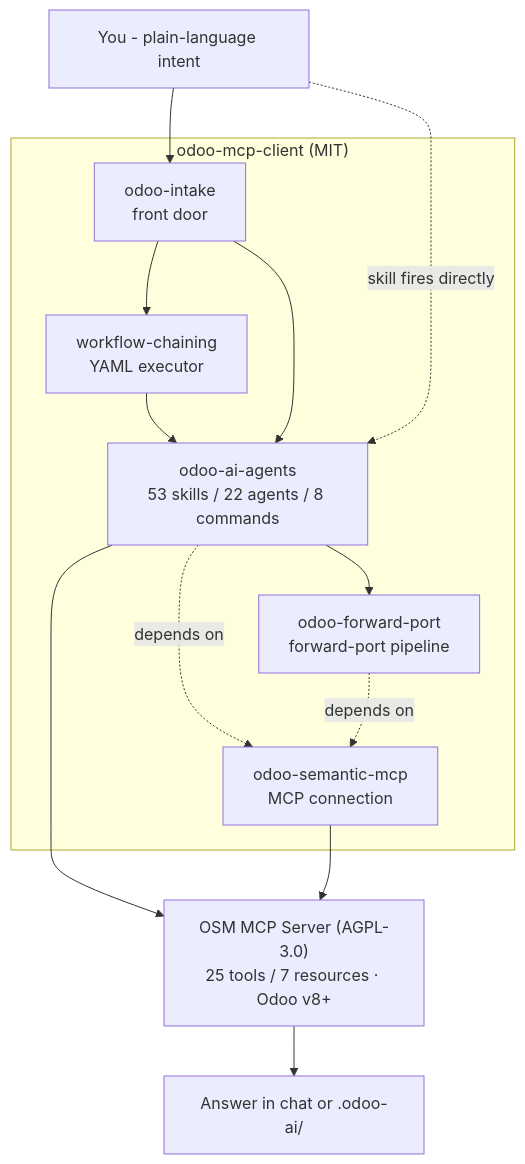
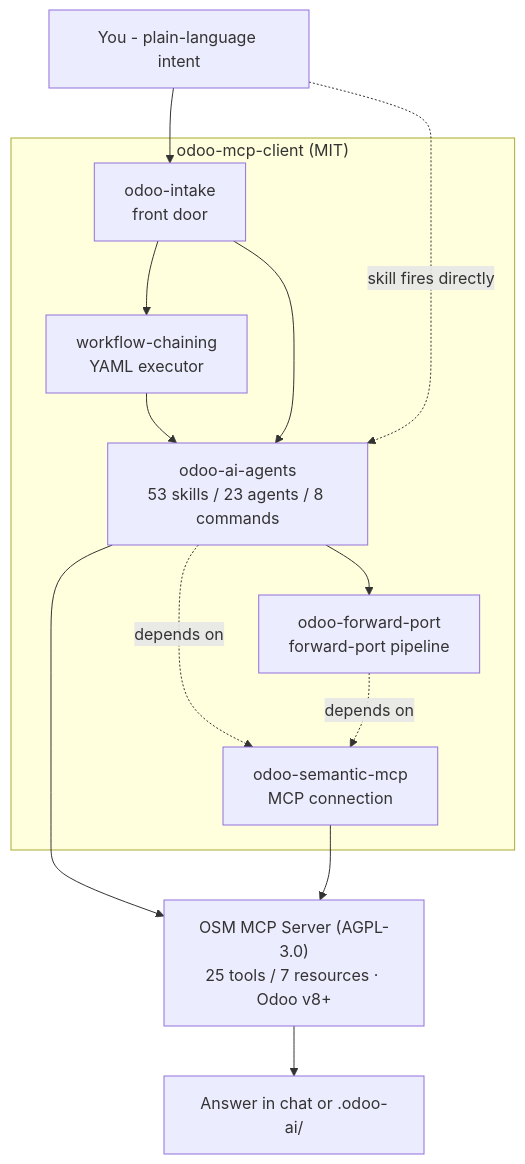
Before and after one commit to Viindoo/odoo-mcp-client: the diagram in README.md, drawn with Mermaid. The commit also changed other lines of this file and 16 other files, not shown here.

Commit message:
feat(odoo-ai-agents): dependency-aware multi-module doc planning (odoo-doc-planner + full-lifecycle odoo-planning + branch-aware incremental)

````diff
--- a/README.md
+++ b/README.md
@@ -13,26 +13,26 @@
 ```mermaid
 flowchart TD
     You["You - plain-language intent"]
 
     subgraph client["odoo-mcp-client (MIT)"]
         intake["odoo-intake<br/>front door"]
         wfrunner["workflow-chaining<br/>YAML executor"]
-        skills["odoo-ai-agents<br/>53 skills / 22 agents / 8 commands"]
+        skills["odoo-ai-agents<br/>53 skills / 23 agents / 8 commands"]
         fp["odoo-forward-port<br/>forward-port pipeline"]
         mcp["odoo-semantic-mcp<br/>MCP connection"]
         intake --> wfrunner --> skills
         intake --> skills
         skills --> fp
         skills -. depends on .-> mcp
         fp -. depends on .-> mcp
     end
 
     server["OSM MCP Server (AGPL-3.0)<br/>25 tools / 7 resources · Odoo v8+"]
     out["Answer in chat or .odoo-ai/"]
 
     You --> intake
     You -. "skill fires directly" .-> skills
     skills --> server
     mcp --> server
     server --> out
 ```
````
